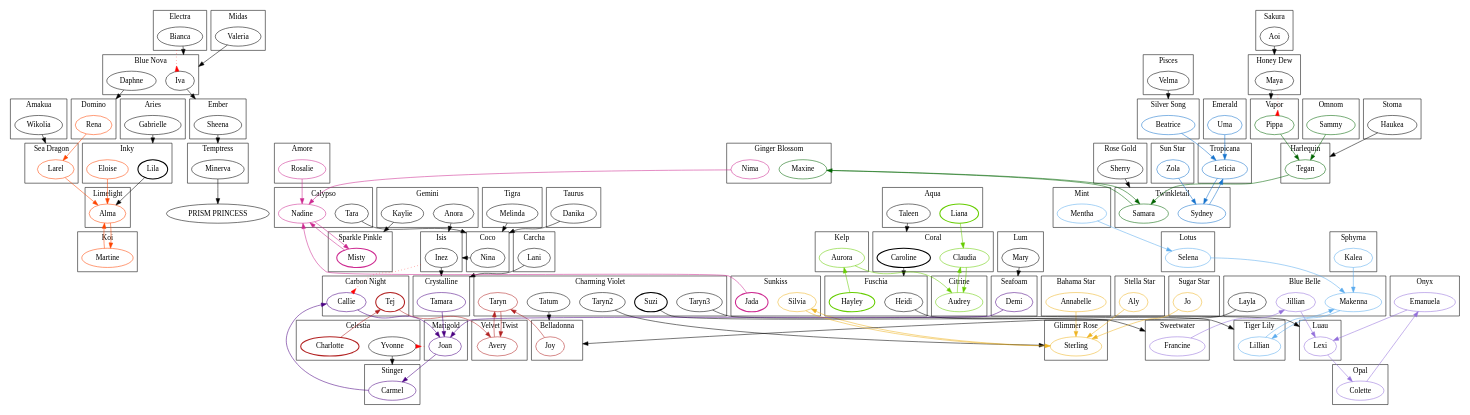
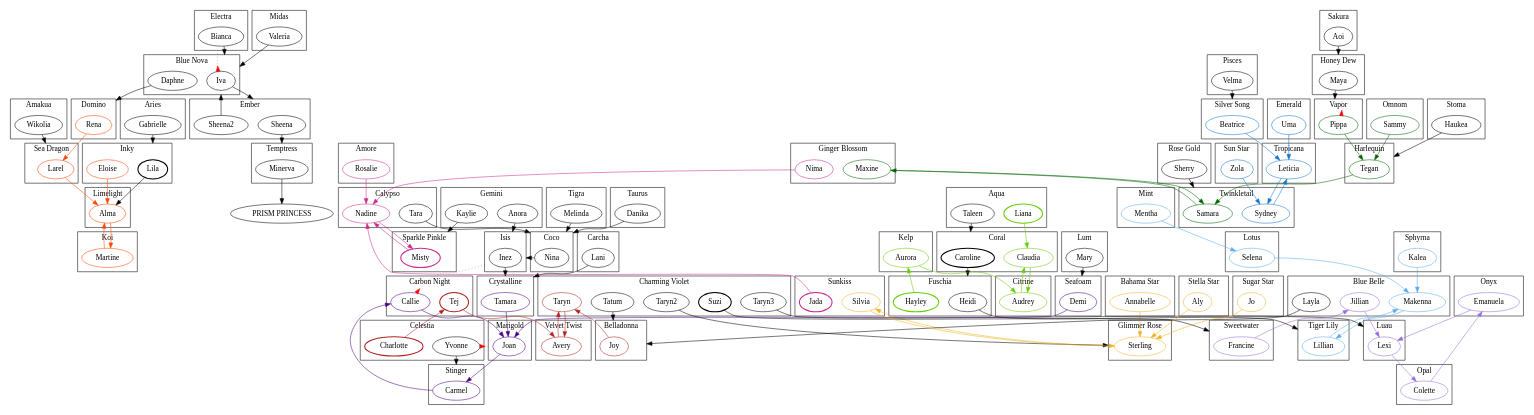
The diagram in Mermaids.dot (besslwalker/crowdstar-graphs), drawn with Graphviz before and after one commit.

Commit message:
Adds Sheena2, a candidate Ember mermaid.

```diff
--- a/Mermaids.dot
+++ b/Mermaids.dot
@@ -145,8 +145,10 @@
     subgraph clusterEmber {
         label = Ember;
         Sheena;
+        Sheena2;
     }
     Sheena -> Minerva [lhead = clusterTemptress];
+    Sheena2 -> Iva [lhead = clusterBlueNova];
     
     subgraph clusterEmerald {
         label = Emerald;
```
